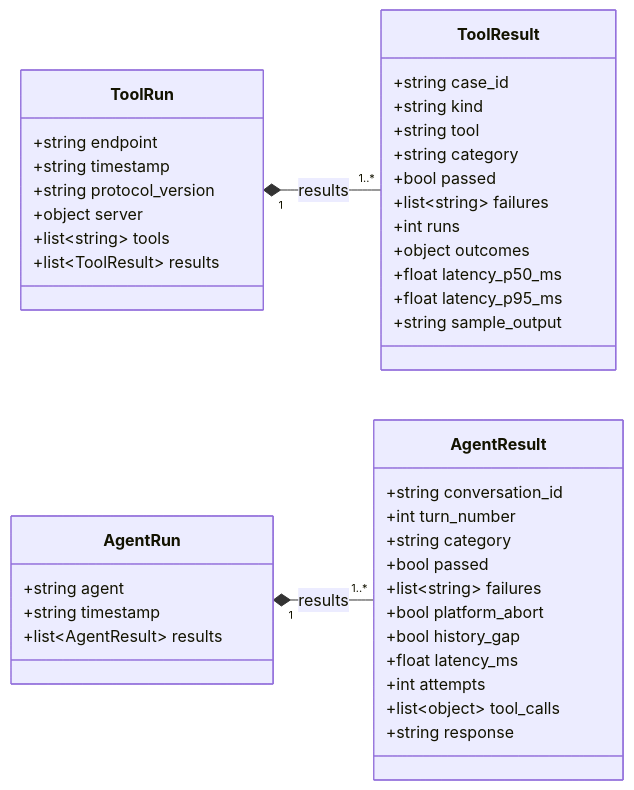
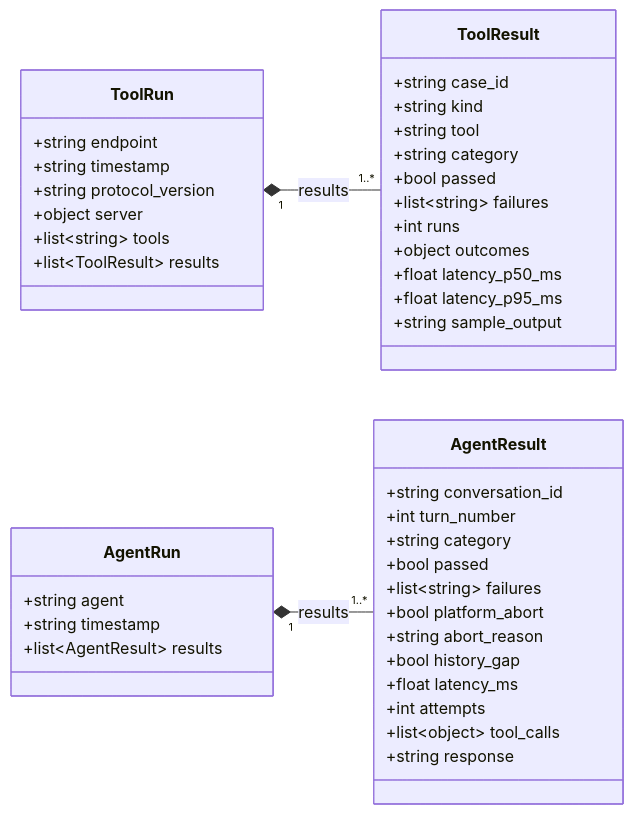
Before and after one commit to bradrlaw/foundryToolboxEval: the fifth of 17 diagrams in docs/architecture.md, drawn with Mermaid. The commit also changed other lines of this file and 36 other files, not shown here.

````diff
--- a/docs/architecture.md
+++ b/docs/architecture.md
@@ -215,45 +231,46 @@
 ```mermaid
 classDiagram
     direction LR
     class ToolRun {
         +string endpoint
         +string timestamp
         +string protocol_version
         +object server
         +list~string~ tools
         +list~ToolResult~ results
     }
     class ToolResult {
         +string case_id
         +string kind
         +string tool
         +string category
         +bool passed
         +list~string~ failures
         +int runs
         +object outcomes
         +float latency_p50_ms
         +float latency_p95_ms
         +string sample_output
     }
     class AgentRun {
         +string agent
         +string timestamp
         +list~AgentResult~ results
     }
     class AgentResult {
         +string conversation_id
         +int turn_number
         +string category
         +bool passed
         +list~string~ failures
         +bool platform_abort
+        +string abort_reason
         +bool history_gap
         +float latency_ms
         +int attempts
         +list~object~ tool_calls
         +string response
     }
     ToolRun "1" *-- "1..*" ToolResult : results
     AgentRun "1" *-- "1..*" AgentResult : results
 ```
````
